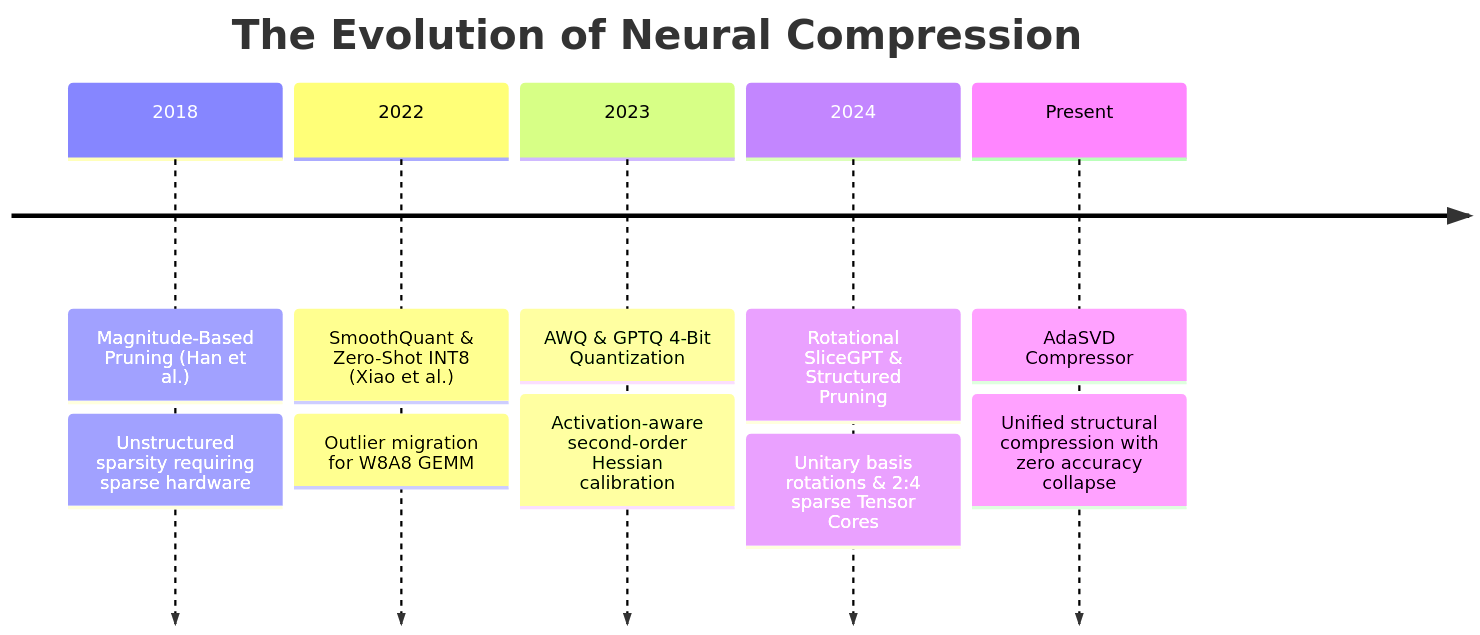
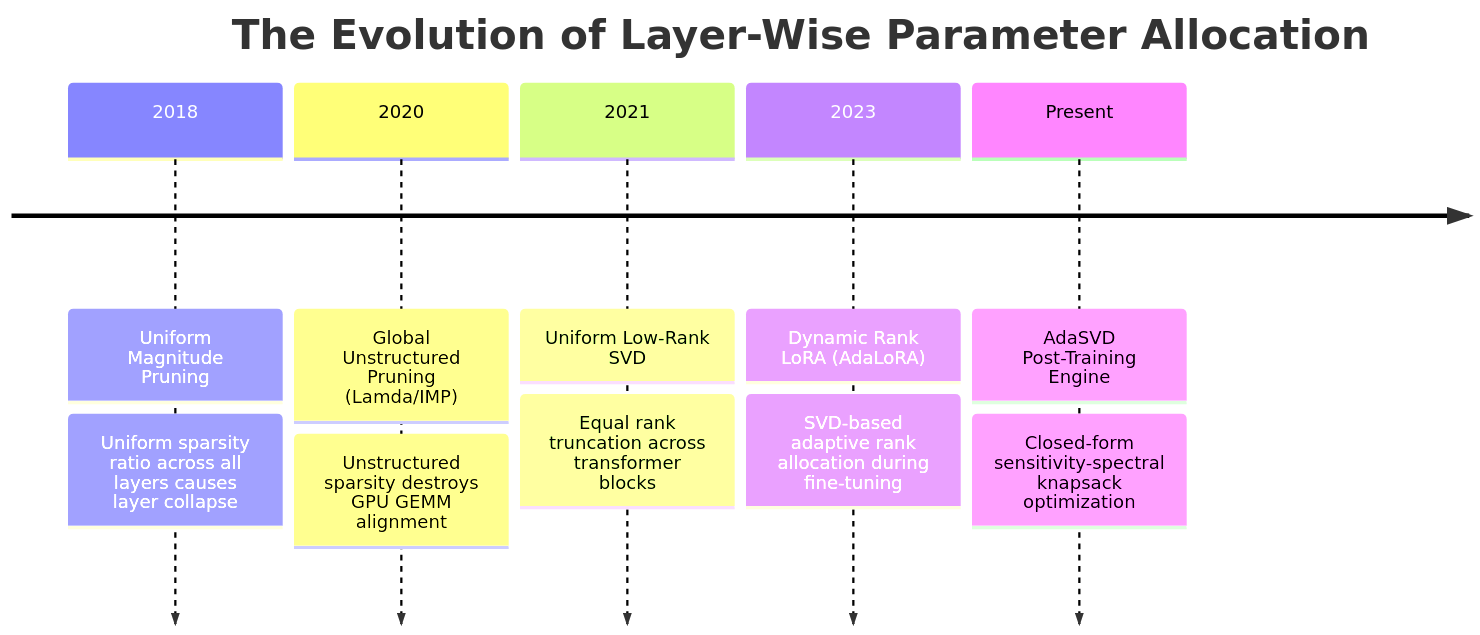
The second of 3 diagrams in Docs/content/compressions_blog/adasvd_compressor_blog.md (tahamajs/NeuralOps), drawn with Mermaid before and after one commit. The commit also changed other lines of this file and 19 other files, not shown here.

````diff
--- a/Docs/content/compressions_blog/adasvd_compressor_blog.md
+++ b/Docs/content/compressions_blog/adasvd_compressor_blog.md
@@ -56,9 +91,9 @@
 ```mermaid
 timeline
-    title The Evolution of Neural Compression
-    2018 : Magnitude-Based Pruning (Han et al.) : Unstructured sparsity requiring sparse hardware
-    2022 : SmoothQuant & Zero-Shot INT8 (Xiao et al.) : Outlier migration for W8A8 GEMM
-    2023 : AWQ & GPTQ 4-Bit Quantization : Activation-aware second-order Hessian calibration
-    2024 : Rotational SliceGPT & Structured Pruning : Unitary basis rotations & 2:4 sparse Tensor Cores
-    Present : AdaSVD Compressor : Unified structural compression with zero accuracy collapse
+    title The Evolution of Layer-Wise Parameter Allocation
+    2018 : Uniform Magnitude Pruning : Uniform sparsity ratio across all layers causes layer collapse
+    2020 : Global Unstructured Pruning (Lamda/IMP) : Unstructured sparsity destroys GPU GEMM alignment
+    2021 : Uniform Low-Rank SVD : Equal rank truncation across transformer blocks
+    2023 : Dynamic Rank LoRA (AdaLoRA) : SVD-based adaptive rank allocation during fine-tuning
+    Present : AdaSVD Post-Training Engine : Closed-form sensitivity-spectral knapsack optimization
 ```
````
